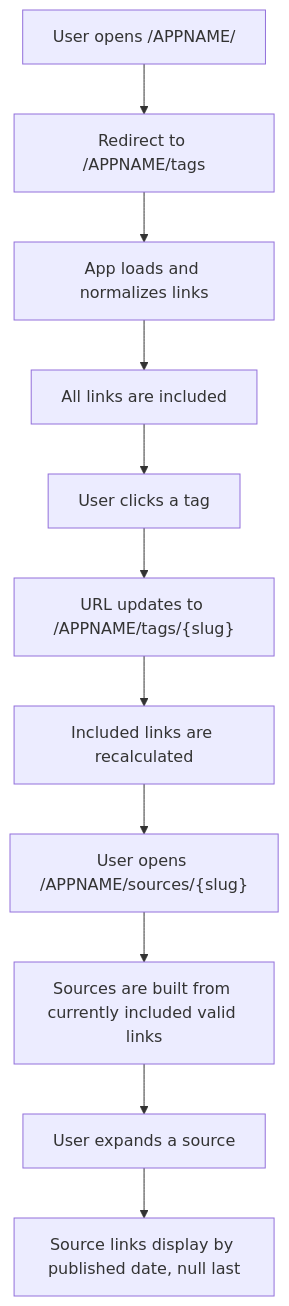
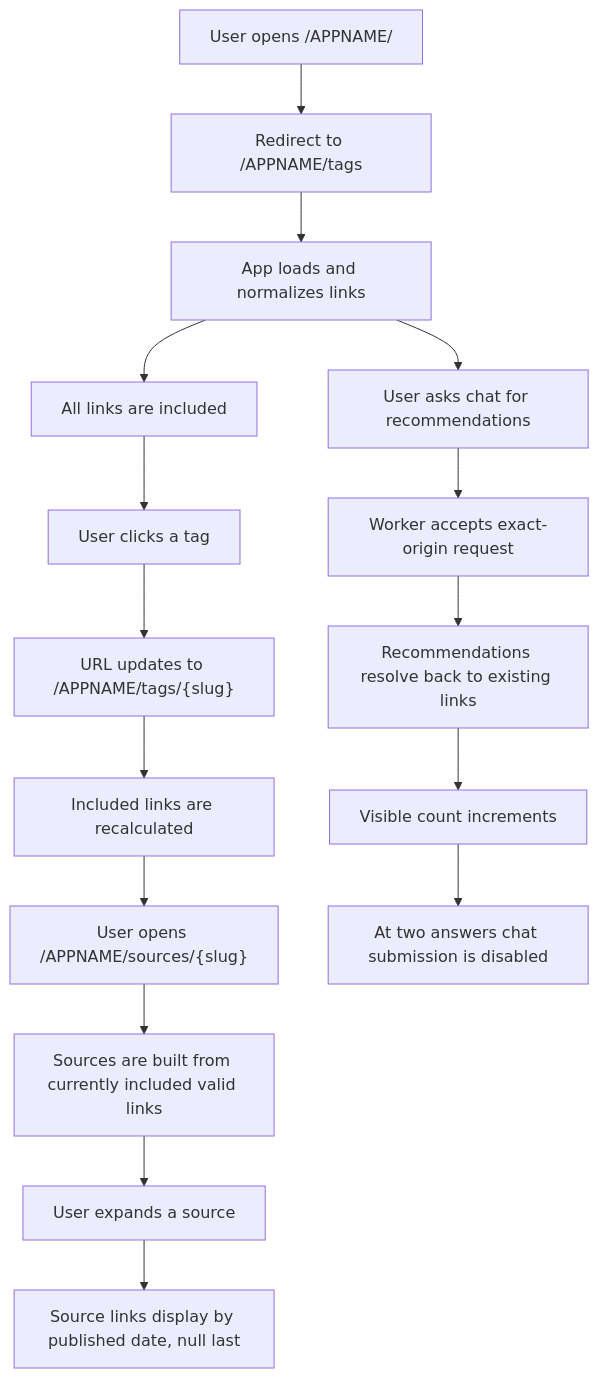
Before and after one commit to johnpfeiffer/links-app: the second of 2 diagrams in SPEC/implementation-plan.md, drawn with Mermaid. The commit also changed other lines of this file and 12 other files, not shown here.

````diff
--- a/SPEC/implementation-plan.md
+++ b/SPEC/implementation-plan.md
@@ -64,13 +72,18 @@
 ```mermaid
 flowchart TD
   A["User opens /APPNAME/"] --> B["Redirect to /APPNAME/tags"]
   B --> C["App loads and normalizes links"]
   C --> D["All links are included"]
   D --> E["User clicks a tag"]
   E --> F["URL updates to /APPNAME/tags/{slug}"]
   F --> G["Included links are recalculated"]
   G --> H["User opens /APPNAME/sources/{slug}"]
   H --> I["Sources are built from currently included valid links"]
   I --> J["User expands a source"]
   J --> K["Source links display by published date, null last"]
+  C --> L["User asks chat for recommendations"]
+  L --> M["Worker accepts exact-origin request"]
+  M --> N["Recommendations resolve back to existing links"]
+  N --> O["Visible count increments"]
+  O --> P["At two answers chat submission is disabled"]
 ```
````
